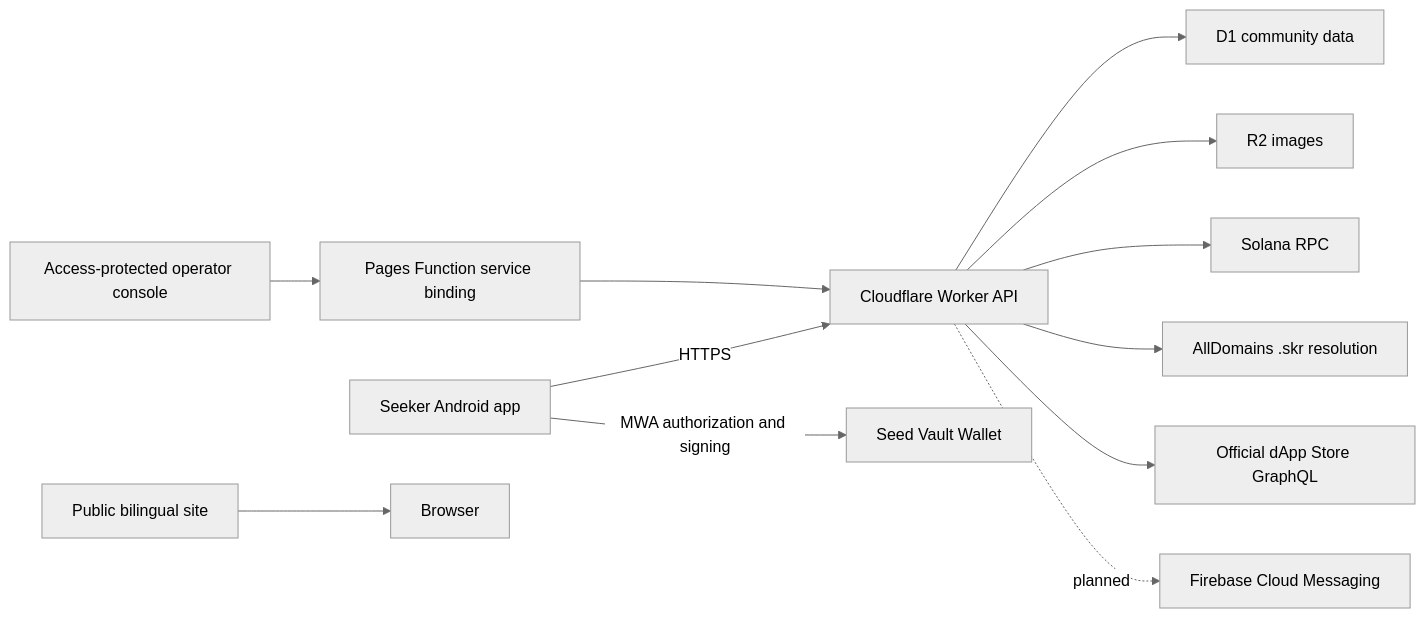
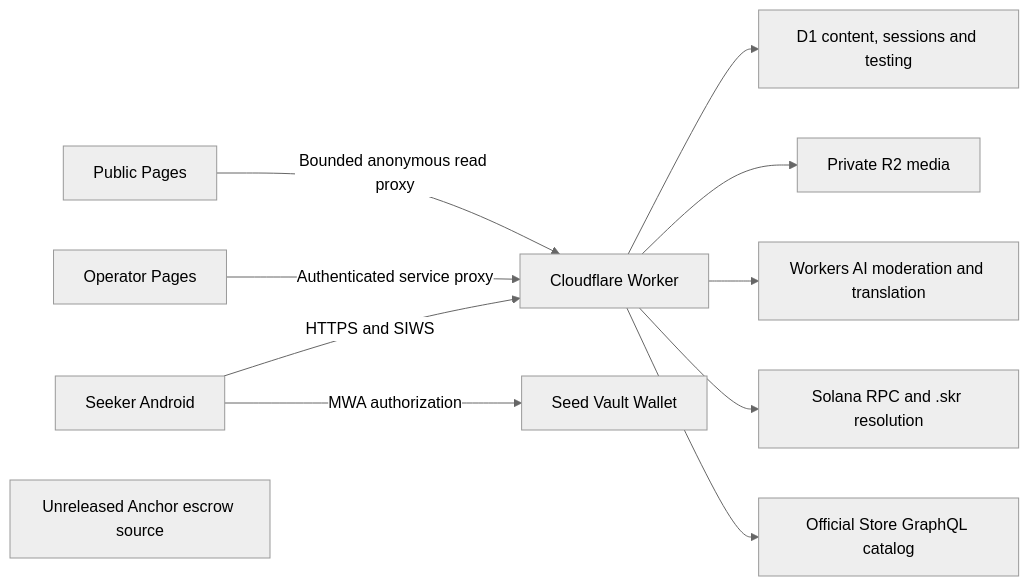
One commit to LionDApp-1/liondapp changed the diagram in docs/architecture.md. Above: the diagram before and after it, drawn with Mermaid (neutral theme). The commit also changed other lines of this file and 102 other files, not shown here.

````diff
--- a/docs/architecture.md
+++ b/docs/architecture.md
@@ -5,14 +5,13 @@
 ```mermaid
 flowchart LR
-  Seeker["Seeker Android app"] -->|HTTPS| Worker["Cloudflare Worker API"]
-  Seeker -->|MWA authorization and signing| Wallet["Seed Vault Wallet"]
-  Worker --> D1["D1 community data"]
-  Worker --> R2["R2 images"]
-  Worker --> RPC["Solana RPC"]
-  Worker --> AllDomains["AllDomains .skr resolution"]
-  Worker --> Store["Official dApp Store GraphQL"]
-  Admin["Access-protected operator console"] --> Proxy["Pages Function service binding"]
-  Proxy --> Worker
-  Public["Public bilingual site"] --> Visitor["Browser"]
-  Worker -. planned .-> FCM["Firebase Cloud Messaging"]
+  Mobile[Seeker Android] -->|HTTPS and SIWS| API[Cloudflare Worker]
+  Mobile -->|MWA authorization| Wallet[Seed Vault Wallet]
+  API --> D1[D1 content, sessions and testing]
+  API --> R2[Private R2 media]
+  API --> AI[Workers AI moderation and translation]
+  API --> RPC[Solana RPC and .skr resolution]
+  API --> Store[Official Store GraphQL catalog]
+  Admin[Operator Pages] -->|Authenticated service proxy| API
+  Site[Public Pages] -->|Bounded anonymous read proxy| API
+  Escrow[Unreleased Anchor escrow source]
 ```
````
